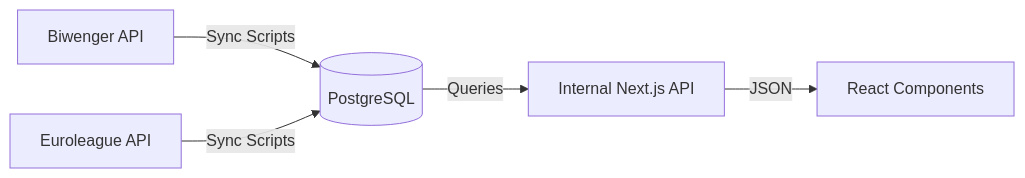
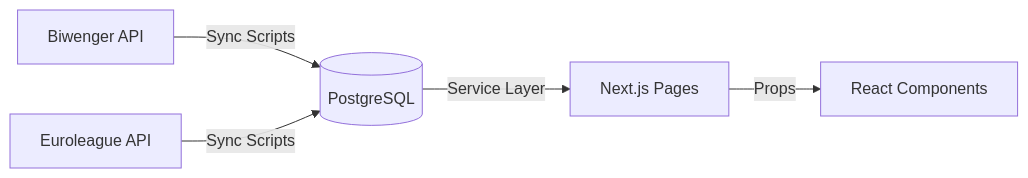
One commit to c4rl0s04/biwenger-euroleague-stats changed the first of 2 diagrams in docs/API_INTEGRATION.md. Above: the diagram before and after it, drawn with Mermaid. The commit also changed other lines of this file and 6 other files, not shown here.

````diff
--- a/docs/API_INTEGRATION.md
+++ b/docs/API_INTEGRATION.md
@@ -10,7 +10,7 @@
 ```mermaid
 graph LR
     Biwenger[Biwenger API] -->|Sync Scripts| DB[(PostgreSQL)]
     Euroleague[Euroleague API] -->|Sync Scripts| DB
-    DB -->|Queries| InternalAPI[Internal Next.js API]
-    InternalAPI -->|JSON| Frontend[React Components]
+    DB -->|Service Layer| Pages[Next.js Pages]
+    Pages -->|Props| Frontend[React Components]
 ```
````
